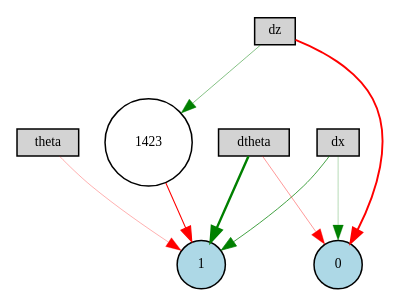
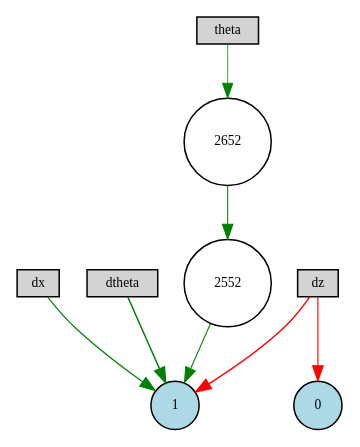
Before and after one commit to benjaminkeltjens/BioInspiredDrone: the diagram in first_stabiliser/winner-ctrnn-enabled.gv, drawn with Graphviz. The commit also changed 890 other files, not shown here.

```diff
--- a/first_stabiliser/winner-ctrnn-enabled.gv
+++ b/first_stabiliser/winner-ctrnn-enabled.gv
@@ -1,18 +1,18 @@
 digraph {
 	node [fontsize=9 height=0.2 shape=circle width=0.2]
 	dx [fillcolor=lightgray shape=box style=filled]
 	dz [fillcolor=lightgray shape=box style=filled]
 	theta [fillcolor=lightgray shape=box style=filled]
 	dtheta [fillcolor=lightgray shape=box style=filled]
 	0 [fillcolor=lightblue style=filled]
 	1 [fillcolor=lightblue style=filled]
-	1423 [fillcolor=white style=filled]
-	dtheta -> 0 [color=red penwidth=0.2733297738791056 style=solid]
-	dz -> 0 [color=red penwidth=1.270352238517231 style=solid]
-	dx -> 1 [color=green penwidth=0.48868862668353263 style=solid]
-	dtheta -> 1 [color=green penwidth=1.5953482466181033 style=solid]
-	dx -> 0 [color=green penwidth=0.18641095528475338 style=solid]
-	theta -> 1 [color=red penwidth=0.20683507406167018 style=solid]
-	dz -> 1423 [color=green penwidth=0.32402294145880234 style=solid]
-	1423 -> 1 [color=red penwidth=0.7030765226650112 style=solid]
+	2552 [fillcolor=white style=filled]
+	2652 [fillcolor=white style=filled]
+	dz -> 0 [color=red penwidth=0.7648319639730117 style=solid]
+	dz -> 1 [color=red penwidth=0.9656528019229202 style=solid]
+	dtheta -> 1 [color=green penwidth=0.9883686594907114 style=solid]
+	dx -> 1 [color=green penwidth=0.7817619877884139 style=solid]
+	2552 -> 1 [color=green penwidth=0.6953877192243381 style=solid]
+	theta -> 2652 [color=green penwidth=0.5140806639187988 style=solid]
+	2652 -> 2552 [color=green penwidth=0.677425669925246 style=solid]
 }
```
